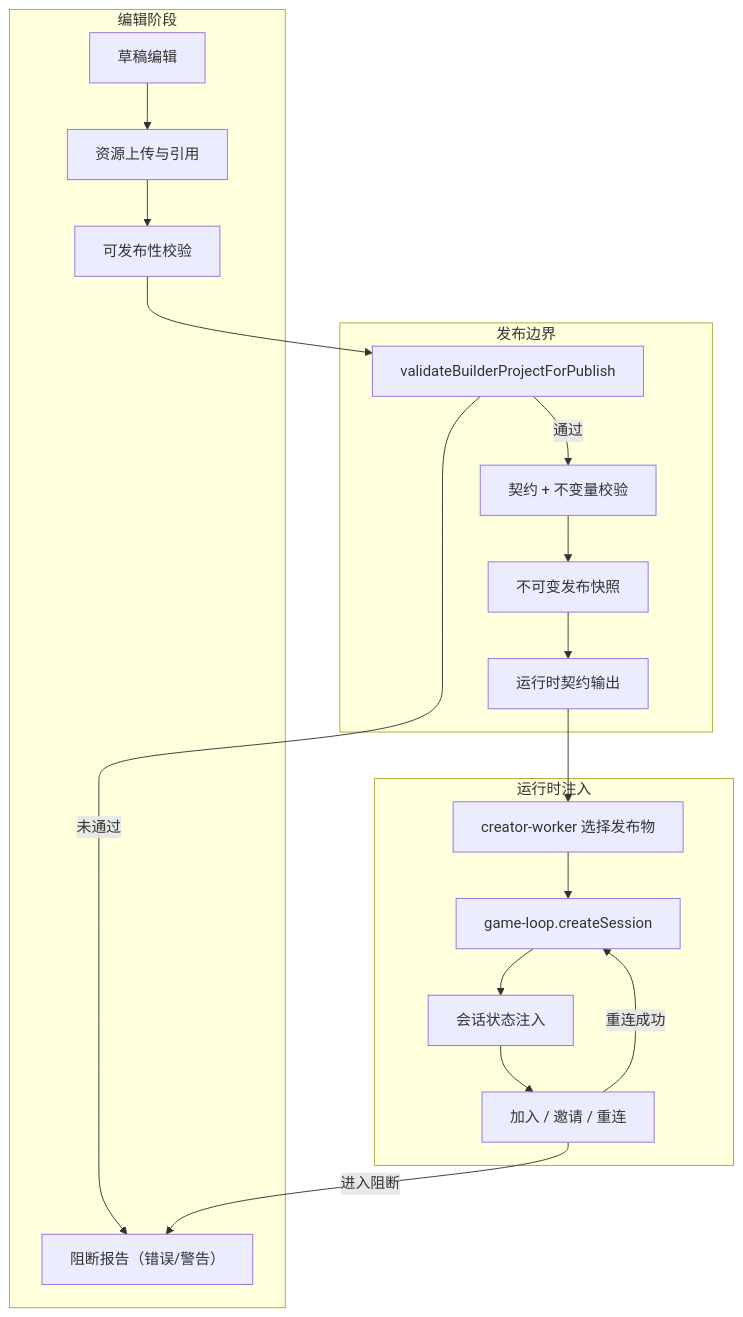
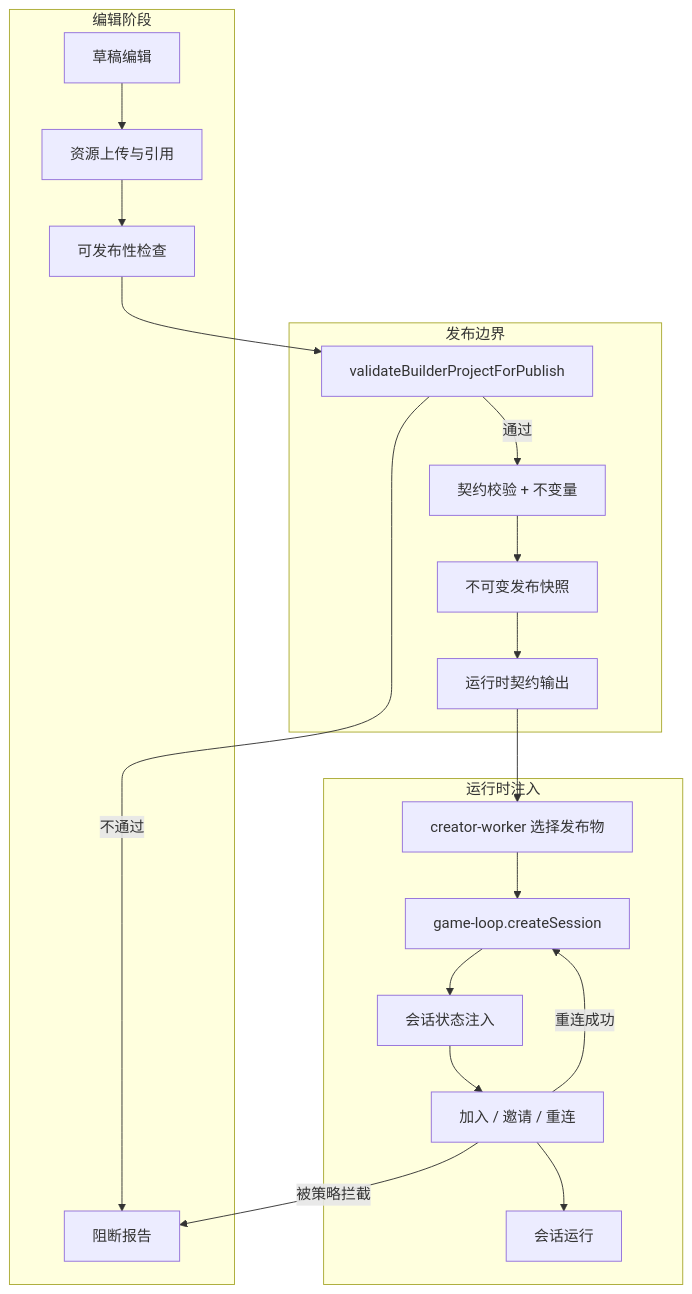
Before and after one commit to d4551/tea: the sixth of 16 diagrams in README.md, drawn with Mermaid. The commit also changed other lines of this file and 2 other files, not shown here.

````diff
--- a/README.md
+++ b/README.md
@@ -362,30 +415,31 @@
 ```mermaid
 flowchart TD
   subgraph Authoring["编辑阶段"]
     A_Draft["草稿编辑"]
     A_Asset["资源上传与引用"]
-    A_Audit["可发布性校验"]
-    A_Report["阻断报告（错误/警告）"]
+    A_Audit["可发布性检查"]
+    A_Report["阻断报告"]
   end
 
   subgraph Publish["发布边界"]
     P_Validate["validateBuilderProjectForPublish"]
-    P_Contract["契约 + 不变量校验"]
+    P_Contract["契约校验 + 不变量"]
     P_Release["不可变发布快照"]
     P_Output["运行时契约输出"]
   end
 
   subgraph Runtime["运行时注入"]
-    R_Create["creator-worker 选择发布物"]
-    R_Session["game-loop.createSession"]
+    R_Select["creator-worker 选择发布物"]
+    R_Create["game-loop.createSession"]
     R_Hydrate["会话状态注入"]
     R_Join["加入 / 邀请 / 重连"]
+    R_Result["会话运行"]
   end
 
   A_Draft --> A_Asset --> A_Audit --> P_Validate
-  P_Validate -->|通过| P_Contract --> P_Release --> P_Output --> R_Create
-  P_Validate -->|未通过| A_Report
-  R_Create --> R_Session --> R_Hydrate --> R_Join
-  R_Join -->|重连成功| R_Session
-  R_Join -->|进入阻断| A_Report
+  P_Validate -->|通过| P_Contract --> P_Release --> P_Output --> R_Select
+  P_Validate -->|不通过| A_Report
+  R_Select --> R_Create --> R_Hydrate --> R_Join --> R_Result
+  R_Join -->|重连成功| R_Create
+  R_Join -->|被策略拦截| A_Report
 ```
````
